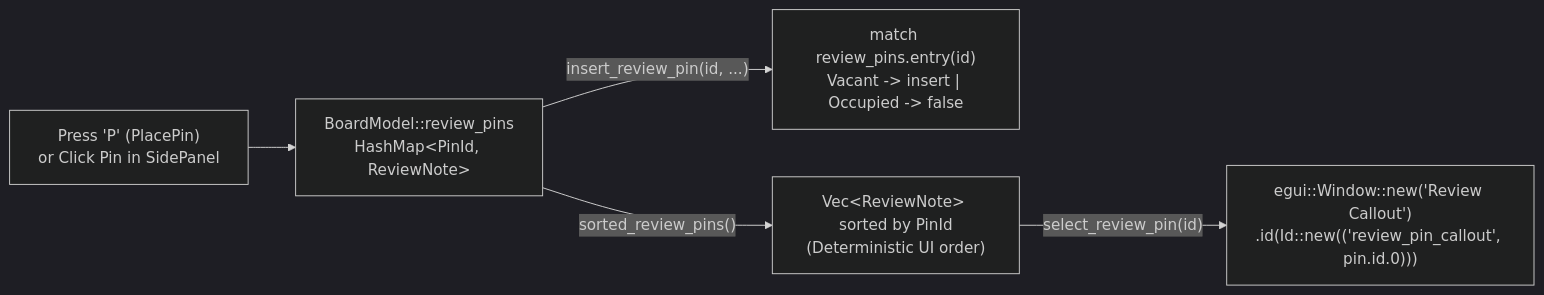
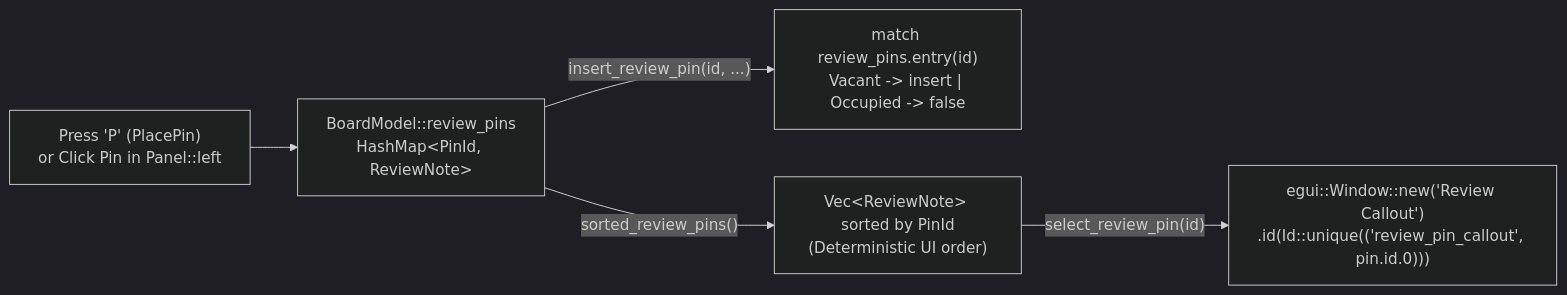
One commit to domesticmouse/learn-egui changed the diagram in lessons/0011-review-pins-and-sticky-note-callouts.md. Above: the diagram before and after it, drawn with Mermaid (dark theme). The commit also changed other lines of this file and 191 other files, not shown here.

````diff
--- a/lessons/0011-review-pins-and-sticky-note-callouts.md
+++ b/lessons/0011-review-pins-and-sticky-note-callouts.md
@@ -20,7 +20,7 @@
 ```mermaid
 flowchart LR
-    KeyP["Press 'P' (PlacePin)<br/>or Click Pin in SidePanel"] --> Store["BoardModel::review_pins<br/>HashMap&lt;PinId, ReviewNote&gt;"]
+    KeyP["Press 'P' (PlacePin)<br/>or Click Pin in Panel::left"] --> Store["BoardModel::review_pins<br/>HashMap&lt;PinId, ReviewNote&gt;"]
     Store -->|"insert_review_pin(id, ...)"| Entry["match review_pins.entry(id)<br/>Vacant -> insert | Occupied -> false"]
     Store -->|"sorted_review_pins()"| Sort["Vec&lt;ReviewNote&gt; sorted by PinId<br/>(Deterministic UI order)"]
-    Sort -->|"select_review_pin(id)"| Win["egui::Window::new('Review Callout')<br/>.id(Id::new(('review_pin_callout', pin.id.0)))"]
+    Sort -->|"select_review_pin(id)"| Win["egui::Window::new('Review Callout')<br/>.id(Id::unique(('review_pin_callout', pin.id.0)))"]
 ```
````
